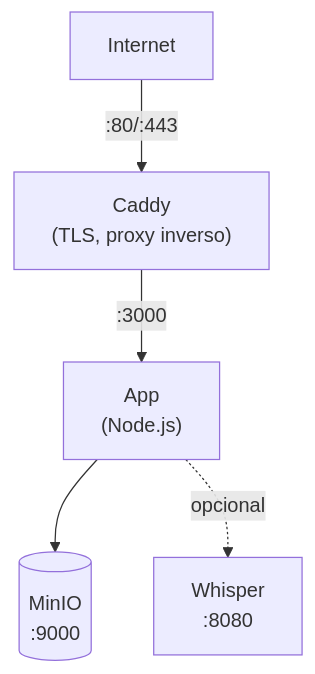
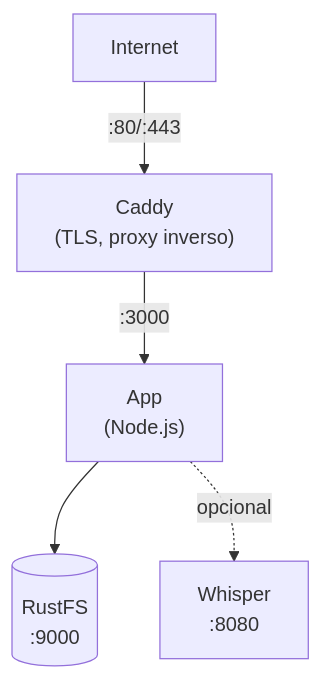
Before and after one commit to rhonda-rodododo/llamenos-platform: the diagram in site/src/content/docs/es/deploy/docker.md, drawn with Mermaid. The commit also changed other lines of this file and 128 other files, not shown here.

First line of the commit message:
refactor: replace MinIO with RustFS for S3-compatible object storage

````diff
--- a/site/src/content/docs/es/deploy/docker.md
+++ b/site/src/content/docs/es/deploy/docker.md
@@ -210,7 +210,7 @@
 ```mermaid
 flowchart TD
     Internet -->|":80/:443"| Caddy["Caddy<br/>(TLS, proxy inverso)"]
     Caddy -->|":3000"| App["App<br/>(Node.js)"]
-    App --> MinIO[("MinIO<br/>:9000")]
+    App --> RustFS[("RustFS<br/>:9000")]
     App -.->|"opcional"| Whisper["Whisper<br/>:8080"]
 ```
````
